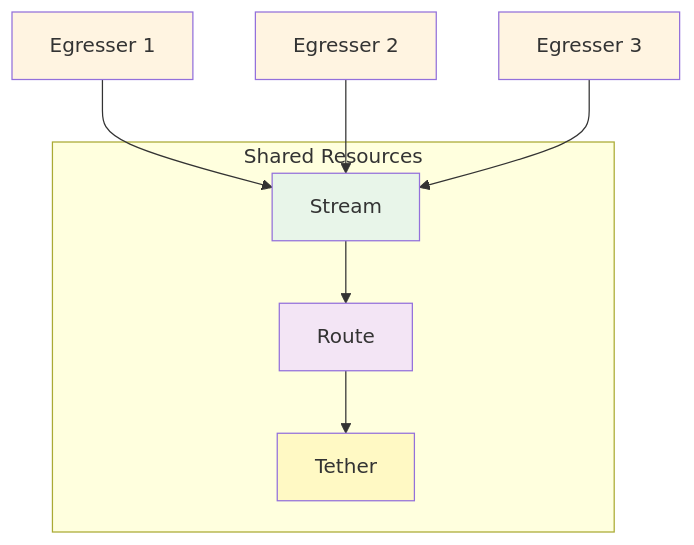
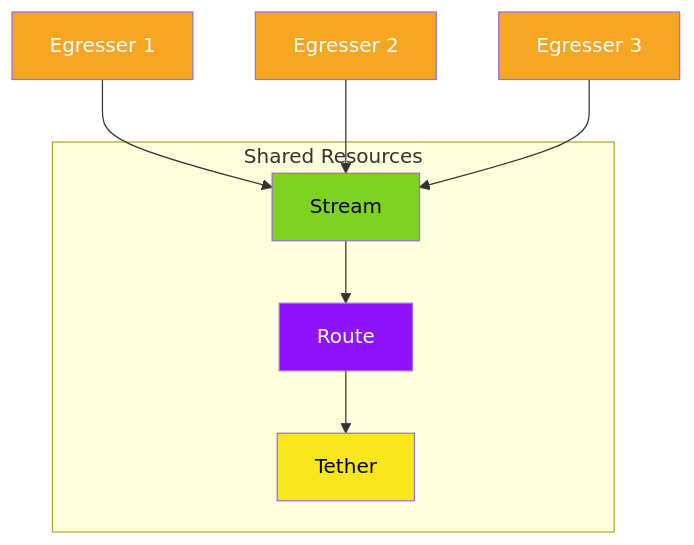
One commit to wjs-529/conflux changed the fifth of 6 diagrams in README.md. Above: the diagram before and after it, drawn with Mermaid. The commit also changed other lines of this file, not shown here.

````diff
--- a/README.md
+++ b/README.md
@@ -186,22 +186,22 @@
 ```mermaid
 graph TB
     subgraph "Shared Resources"
         STR[Stream]
         RTE[Route]
         TTH[Tether]
     end
     
     EGR1[Egresser 1] --> STR
     EGR2[Egresser 2] --> STR
     EGR3[Egresser 3] --> STR
     
     STR --> RTE
     RTE --> TTH
     
-    style STR fill:#e8f5e9
-    style RTE fill:#f3e5f5
-    style TTH fill:#fff9c4
-    style EGR1 fill:#fff4e1
-    style EGR2 fill:#fff4e1
-    style EGR3 fill:#fff4e1
+    style STR fill:#7ed321,color:#000
+    style RTE fill:#9013fe,color:#fff
+    style TTH fill:#f8e71c,color:#000
+    style EGR1 fill:#f5a623,color:#fff
+    style EGR2 fill:#f5a623,color:#fff
+    style EGR3 fill:#f5a623,color:#fff
 ```
````
